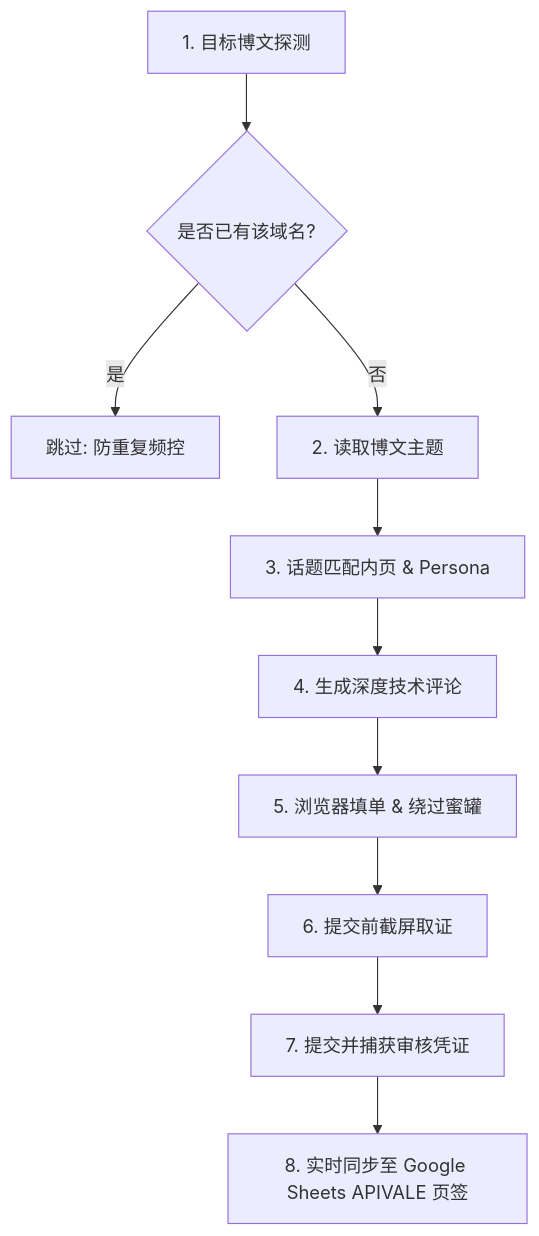
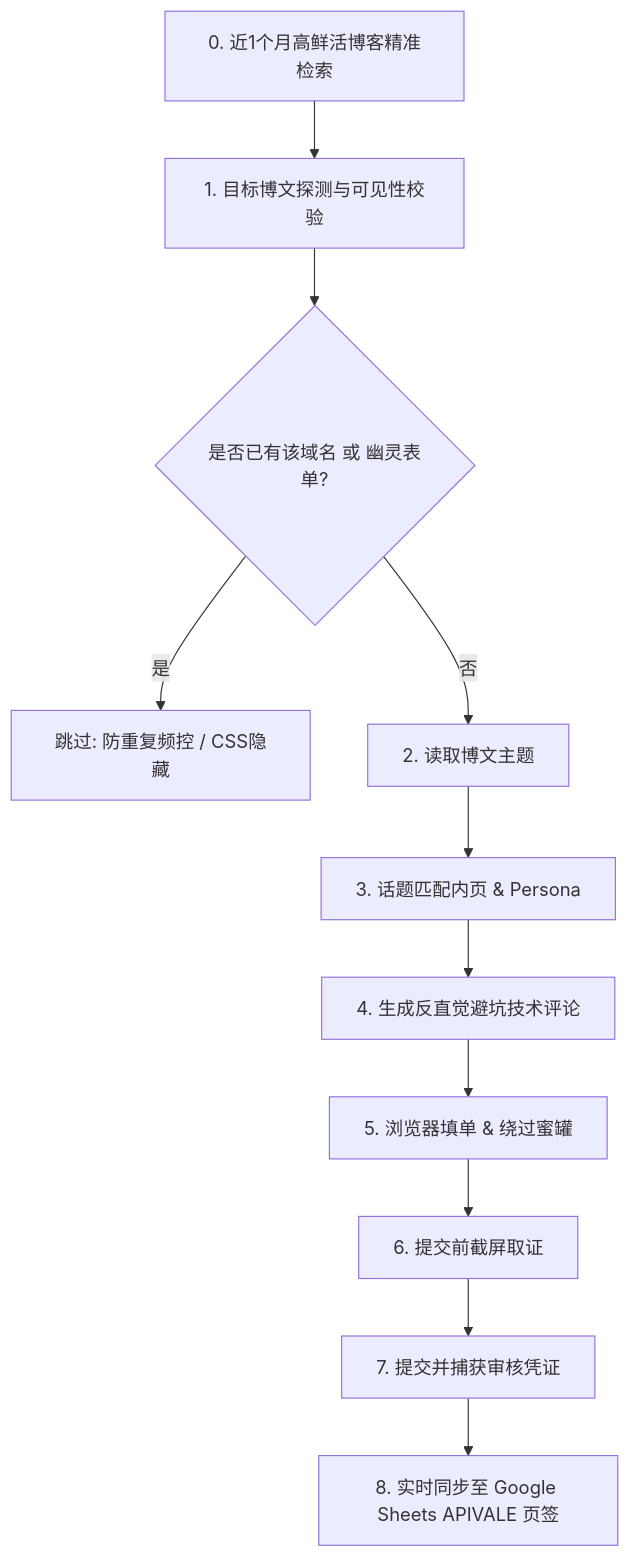
The diagram in .agents/skills/apivale-comment-outreach/SKILL.md (bshx2024/codexlink), drawn with Mermaid before and after one commit. The commit also changed other lines of this file and 37 other files, not shown here.

````diff
--- a/.agents/skills/apivale-comment-outreach/SKILL.md
+++ b/.agents/skills/apivale-comment-outreach/SKILL.md
@@ -72,12 +87,13 @@
 ```mermaid
 flowchart TD
-    A[1. 目标博文探测] --> B{是否已有该域名?}
-    B -- 是 --> C[跳过: 防重复频控]
+    A0[0. 近1个月高鲜活博客精准检索] --> A[1. 目标博文探测与可见性校验]
+    A --> B{是否已有该域名 或 幽灵表单?}
+    B -- 是 --> C[跳过: 防重复频控 / CSS隐藏]
     B -- 否 --> D[2. 读取博文主题]
     D --> E[3. 话题匹配内页 & Persona]
-    E --> F[4. 生成深度技术评论]
+    E --> F[4. 生成反直觉避坑技术评论]
     F --> G[5. 浏览器填单 & 绕过蜜罐]
     G --> H[6. 提交前截屏取证]
     H --> I[7. 提交并捕获审核凭证]
     I --> J[8. 实时同步至 Google Sheets APIVALE 页签]
 ```
````
